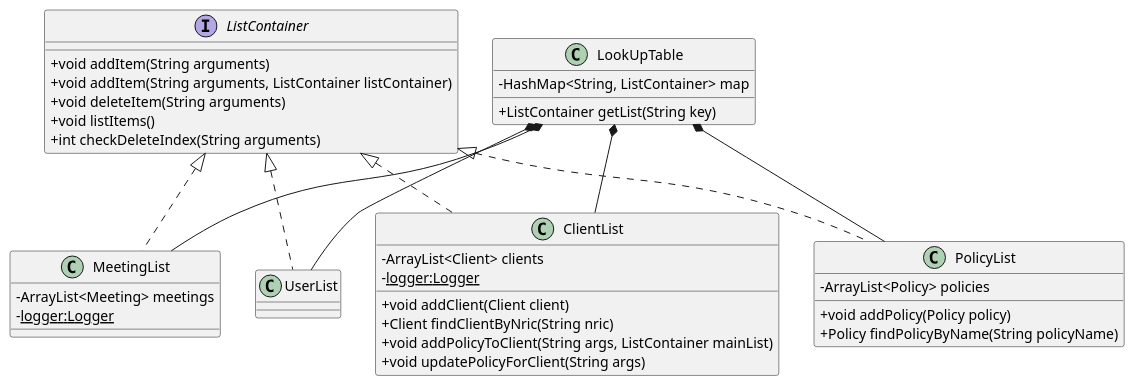
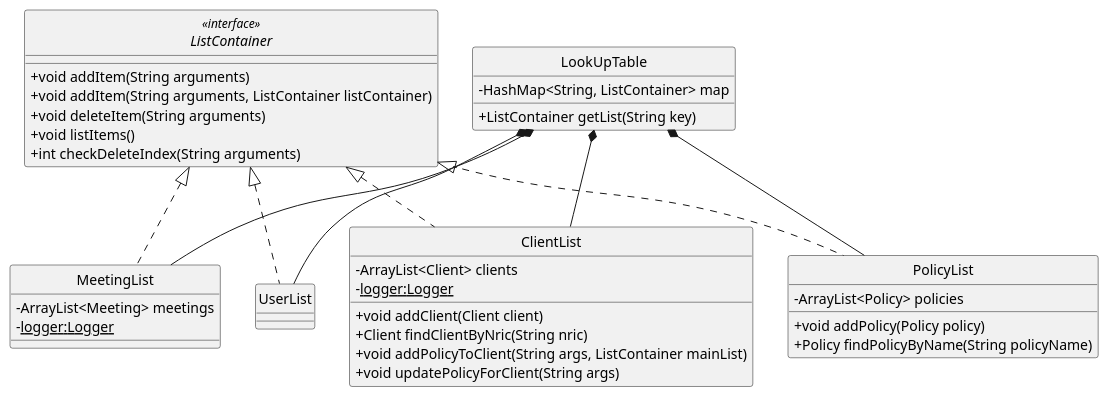
The diagram in docs/umldiagrams/lookuptable.puml (ZT712002/tp), drawn with PlantUML before and after one commit. The commit also changed 4 other files, not shown here.

Commit message:
Update UML icons

```diff
--- a/docs/umldiagrams/lookuptable.puml
+++ b/docs/umldiagrams/lookuptable.puml
@@ -1,46 +1,50 @@
 @startuml
 skinparam classAttributeIconSize 0
+skinparam classOperationIconSize 0
+skinparam stereotypePosition top
+skinparam interfaceStereotype "interface"
+hide circle
 
 
-interface ListContainer {
+interface ListContainer <<interface>> {
   + void addItem(String arguments)
   + void addItem(String arguments, ListContainer listContainer)
   + void deleteItem(String arguments)
   + void listItems()
   + int checkDeleteIndex(String arguments)
 }
 
 class ClientList implements ListContainer {
   - ArrayList<Client> clients
   - <u>logger:Logger </u>
   + void addClient(Client client)
   + Client findClientByNric(String nric)
   + void addPolicyToClient(String args, ListContainer mainList)
   + void updatePolicyForClient(String args)
 }
 
 class PolicyList implements ListContainer {
   - ArrayList<Policy> policies
   + void addPolicy(Policy policy)
   + Policy findPolicyByName(String policyName)
 }
 
 class MeetingList implements ListContainer {
   - ArrayList<Meeting> meetings
   - <u>logger:Logger </u>
 }
 
 class UserList implements ListContainer {
 
 }
 
 class LookUpTable {
   - HashMap<String, ListContainer> map
   + ListContainer getList(String key)
 }
 
 LookUpTable *-- MeetingList
 LookUpTable *-- UserList
 LookUpTable *-- ClientList
 LookUpTable *-- PolicyList
 @enduml
```
